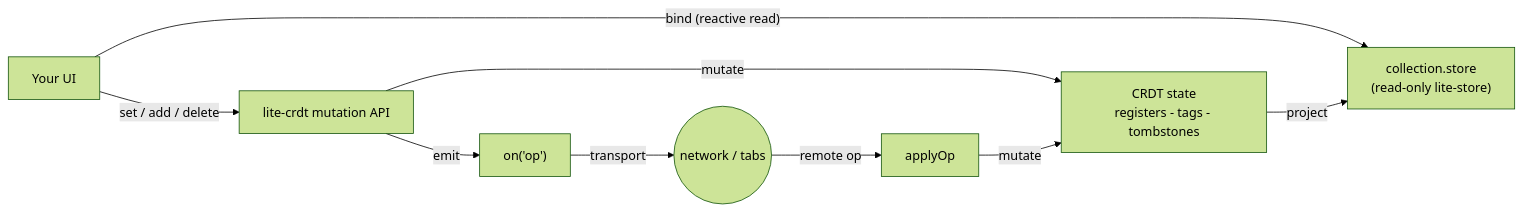
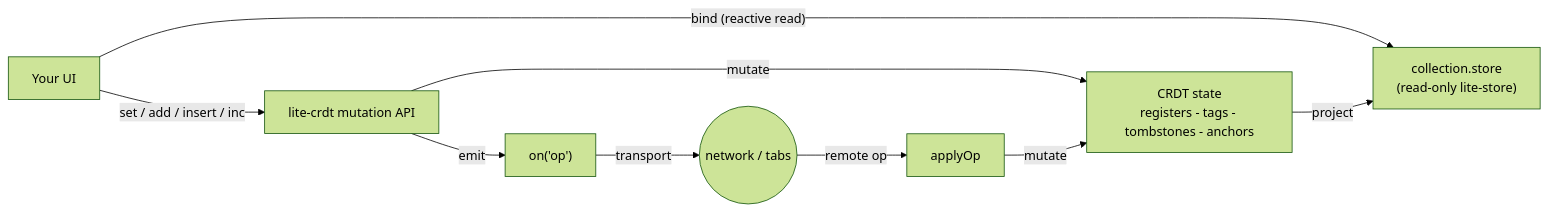
The diagram in README.md (PeshoVurtoleta/lite-crdt), drawn with Mermaid (forest theme) before and after one commit. The commit also changed other lines of this file and 30 other files, not shown here.

````diff
--- a/README.md
+++ b/README.md
@@ -36,11 +69,11 @@
 ```mermaid
 flowchart LR
   UI["Your UI"] -- "bind (reactive read)" --> STORE["collection.store<br/>(read-only lite-store)"]
-  UI -- "set / add / delete" --> API["lite-crdt mutation API"]
-  API -- "mutate" --> STATE["CRDT state<br/>registers - tags - tombstones"]
+  UI -- "set / add / insert / inc" --> API["lite-crdt mutation API"]
+  API -- "mutate" --> STATE["CRDT state<br/>registers - tags - tombstones - anchors"]
   STATE -- "project" --> STORE
   API -- "emit" --> OUT["on('op')"]
   OUT -- "transport" --> NET(("network / tabs"))
   NET -- "remote op" --> APPLY["applyOp"]
   APPLY -- "mutate" --> STATE
 ```
````
